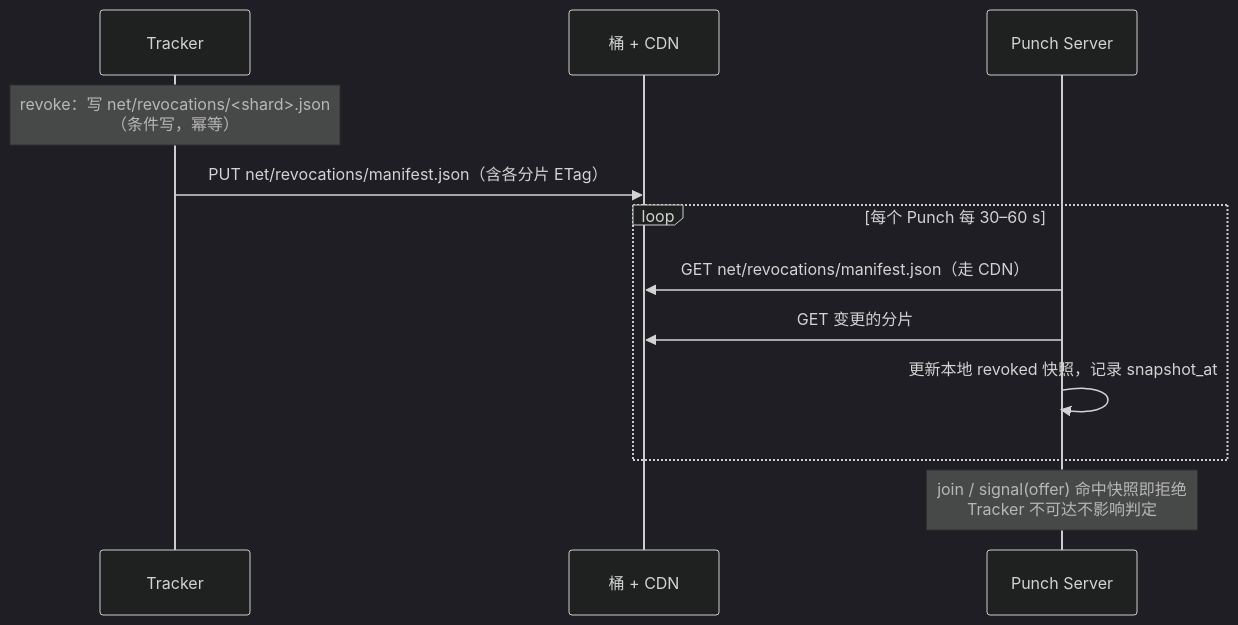
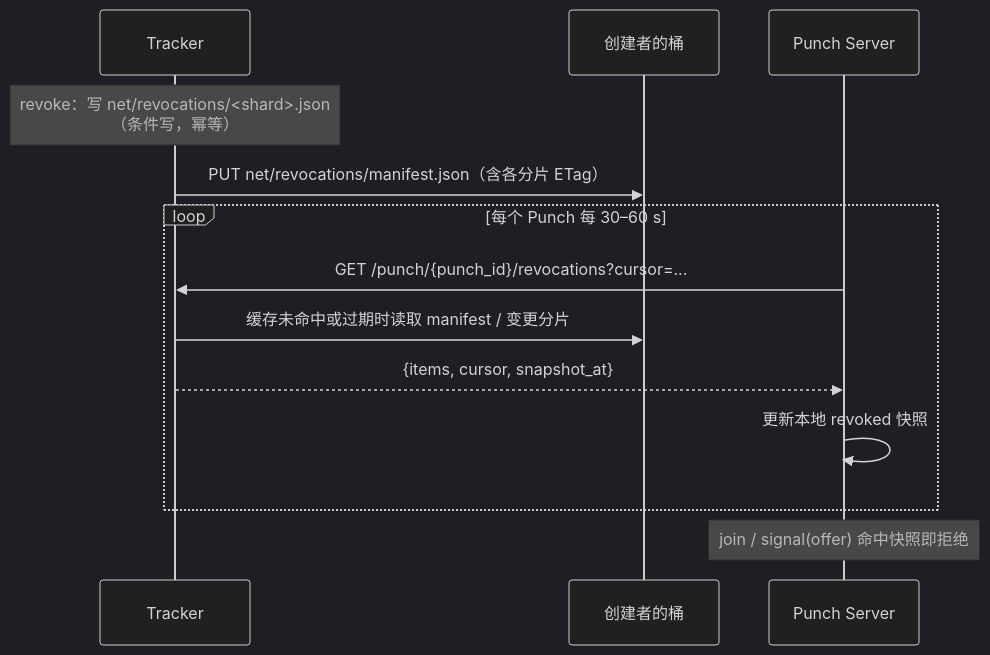
One commit to mivinci/p2p changed the second of 2 diagrams in docs/design/p2p-selfhosted.md. Above: the diagram before and after it, drawn with Mermaid (dark theme). The commit also changed other lines of this file, not shown here.

First line of the commit message:
docs(design): 统一 PaaS 与自建运行时，Punch 改经 Tracker 拉吊销快照

````diff
--- a/docs/design/p2p-selfhosted.md
+++ b/docs/design/p2p-selfhosted.md
@@ -449,15 +450,16 @@
 ```mermaid
 sequenceDiagram
     participant T as Tracker
-    participant B as 桶 + CDN
+    participant B as 创建者的桶
     participant P as Punch Server
 
     Note over T: revoke：写 net/revocations/<shard>.json<br/>（条件写，幂等）
     T->>B: PUT net/revocations/manifest.json（含各分片 ETag）
     loop 每个 Punch 每 30–60 s
-        P->>B: GET net/revocations/manifest.json（走 CDN）
-        P->>B: GET 变更的分片
-        P->>P: 更新本地 revoked 快照，记录 snapshot_at
+        P->>T: GET /punch/{punch_id}/revocations?cursor=...
+        T->>B: 缓存未命中或过期时读取 manifest / 变更分片
+        T-->>P: {items, cursor, snapshot_at}
+        P->>P: 更新本地 revoked 快照
     end
-    Note over P: join / signal(offer) 命中快照即拒绝<br/>Tracker 不可达不影响判定
+    Note over P: join / signal(offer) 命中快照即拒绝
 ```
````
